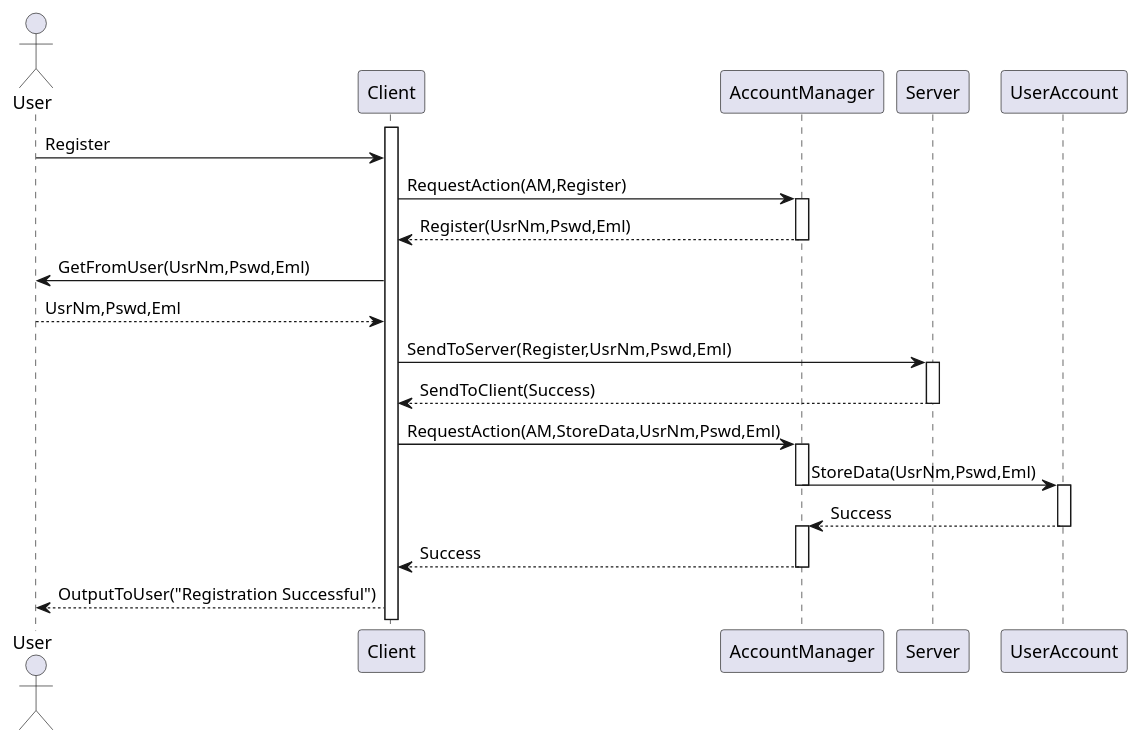
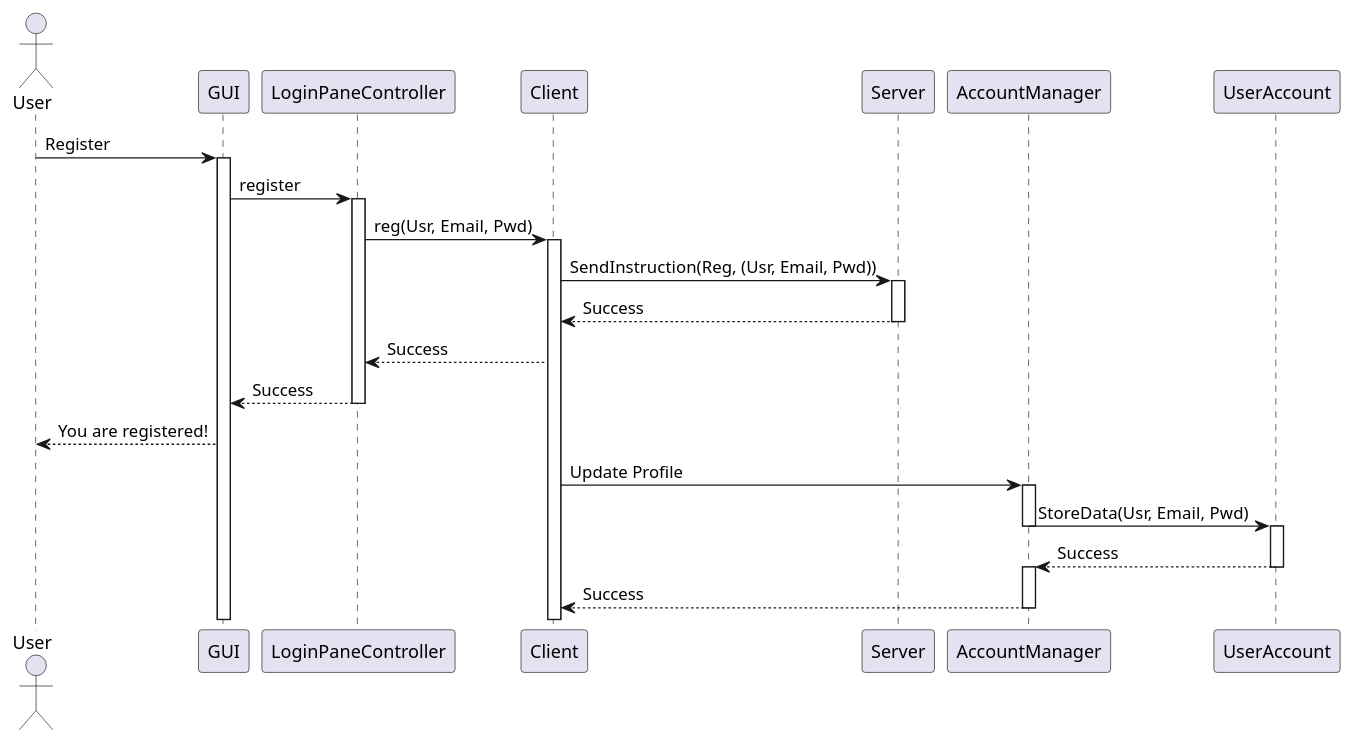
One commit to voxelv/sQuire_kw changed the diagram in Sequence Diagrams/User Accounts/RegisterMethod.puml. Above: the diagram before and after it, drawn with PlantUML. The commit also changed 2 other files, not shown here.

```diff
--- a/Sequence Diagrams/User Accounts/RegisterMethod.puml
+++ b/Sequence Diagrams/User Accounts/RegisterMethod.puml
@@ -1,28 +1,31 @@
 @startuml
 
 Actor User
+User -> GUI : Register
+activate GUI
+GUI -> LoginPaneController : register
+activate LoginPaneController
+LoginPaneController -> Client : reg(Usr, Email, Pwd)
 activate Client
-User -> Client : Register
-Client -> AccountManager : RequestAction(AM,Register)
+Client -> Server : SendInstruction(Reg, (Usr, Email, Pwd))
+activate Server
+Server --> Client : Success
+deactivate Server
+Client --> LoginPaneController :Success
+LoginPaneController --> GUI : Success
+deactivate LoginPaneController
+GUI --> User :You are registered!
+Client -> AccountManager : Update Profile
 activate AccountManager
-AccountManager --> Client : Register(UsrNm,Pswd,Eml)
-deactivate AccountManager
-Client -> User : GetFromUser(UsrNm,Pswd,Eml)
-User --> Client : UsrNm,Pswd,Eml
-Client -> Server : SendToServer(Register,UsrNm,Pswd,Eml)
-activate Server
-Server --> Client : SendToClient(Success)
-deactivate Server
-Client -> AccountManager : RequestAction(AM,StoreData,UsrNm,Pswd,Eml)
-activate AccountManager
-AccountManager -> UserAccount : StoreData(UsrNm,Pswd,Eml)
+AccountManager -> UserAccount : StoreData(Usr, Email, Pwd)
 deactivate AccountManager
 activate UserAccount
-UserAccount --> AccountManager : Success
+UserAccount --> AccountManager :Success
 deactivate UserAccount
 activate AccountManager
-AccountManager --> Client : Success
+AccountManager --> Client :Success
 deactivate AccountManager
-Client --> User : OutputToUser("Registration Successful")
+
+
 
 @enduml
```
